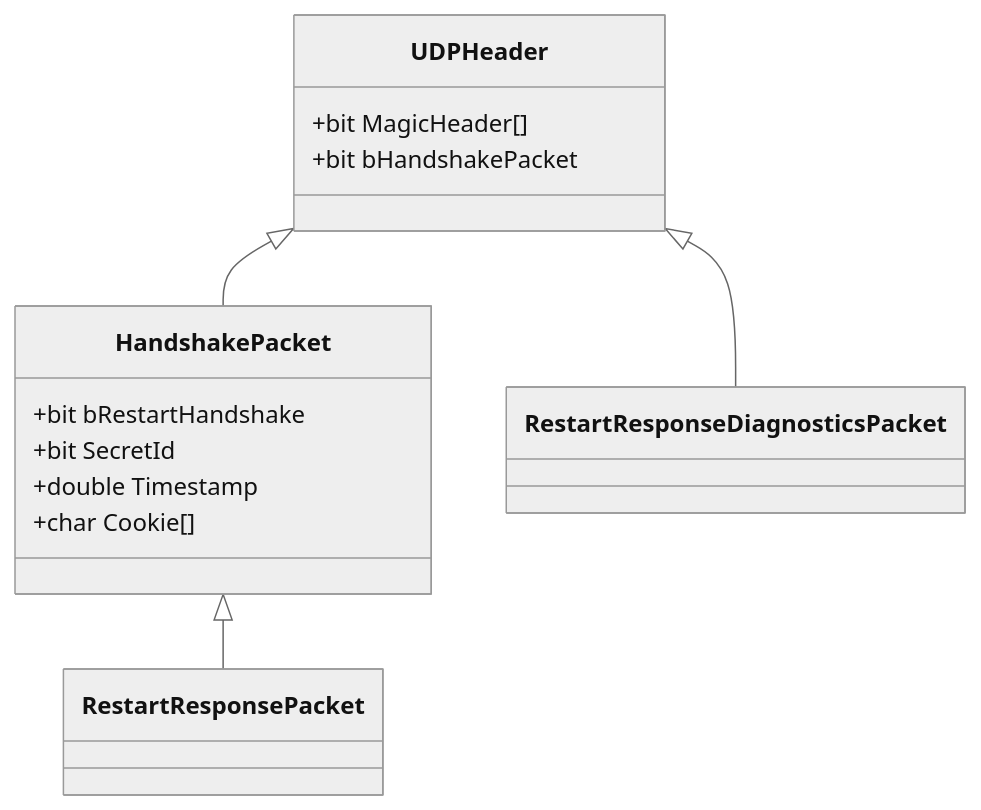
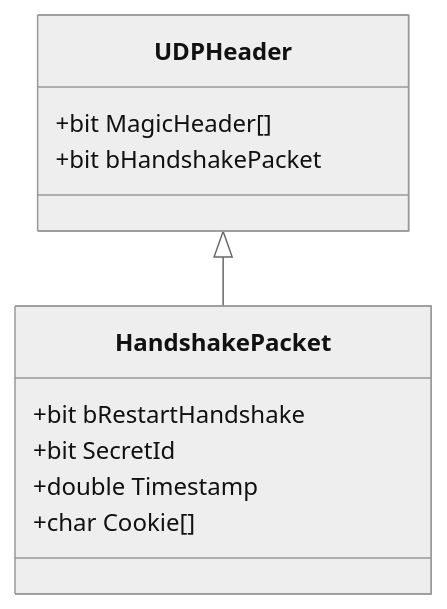
The second of 4 diagrams in _posts/2022-11-13-utcp_handshake.md (dpull/dpull.github.io), drawn with Mermaid (neutral theme) before and after one commit. The commit also changed other lines of this file, not shown here.

````diff
--- a/_posts/2022-11-13-utcp_handshake.md
+++ b/_posts/2022-11-13-utcp_handshake.md
@@ -20,17 +20,15 @@
 ```mermaid
 classDiagram
     UDPHeader <|-- HandshakePacket
-    HandshakePacket <|-- RestartResponsePacket
-    UDPHeader <|-- RestartResponseDiagnosticsPacket
 
     class UDPHeader{
       +bit MagicHeader[]
       +bit bHandshakePacket
     }
     class HandshakePacket{
       +bit bRestartHandshake
       +bit SecretId
       +double Timestamp
       +char Cookie[]
     }
 ```
````
